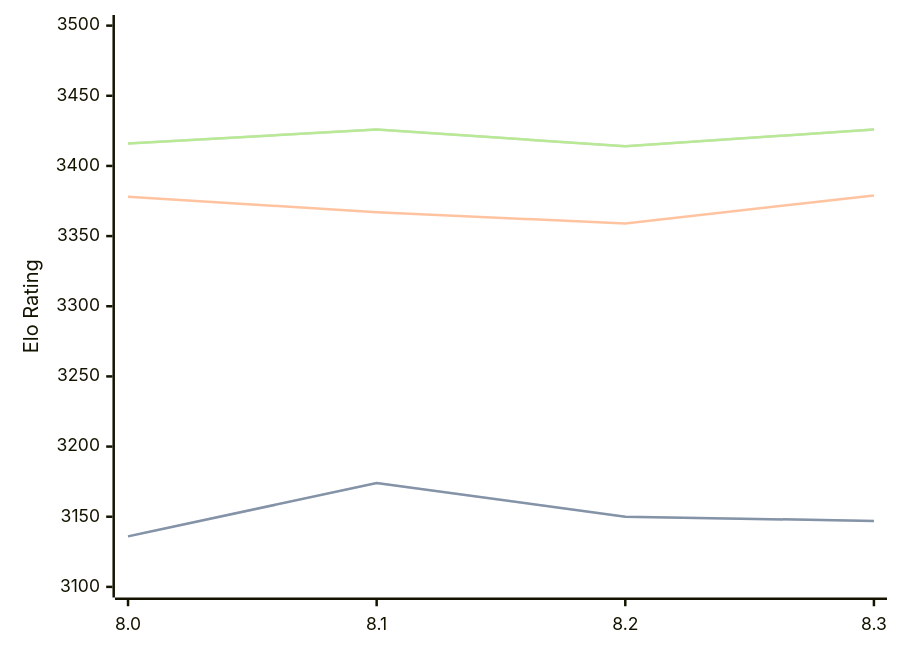
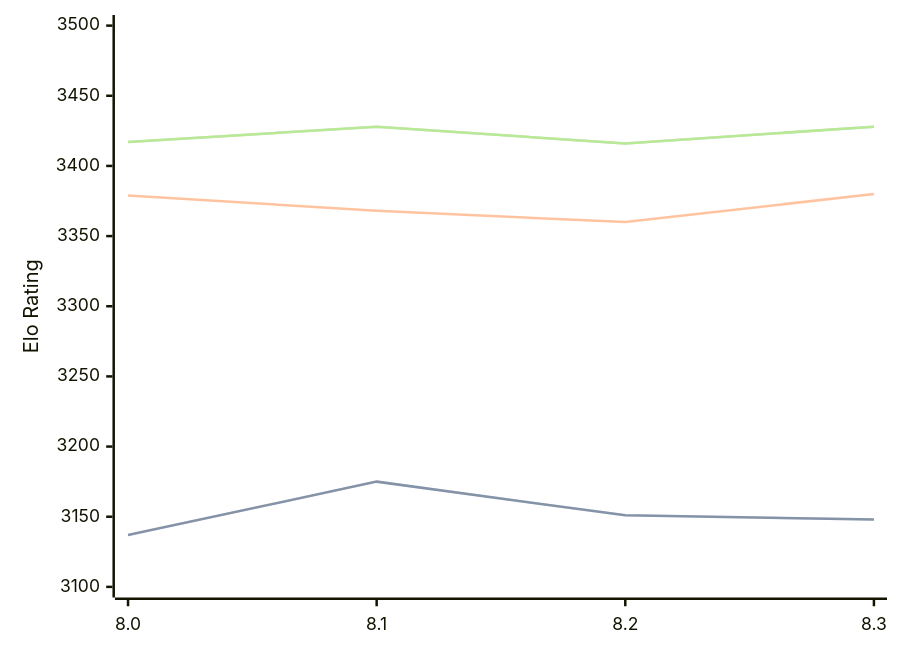
The diagram in engines/Alexander.md (computer-chess-index/cci), drawn with Mermaid before and after one commit. The commit also changed other lines of this file, not shown here.

Commit message:
Update CCI Ratings (ELO VLTC) - 2026-08-26

````diff
--- a/engines/Alexander.md
+++ b/engines/Alexander.md
@@ -34,11 +34,11 @@
 ```mermaid
 %%{init: {"theme":"base","themeVariables":{"seriesColors:['#a3a3a3','#222221','#faa371']}}}%%
 xychart-beta
   x-axis ["8.0", "8.1", "8.2", "8.3"]
   y-axis "Elo Rating" 3100 --> 3500
-  line "STC (8.0+0.08s)" [3136, 3174, 3150, 3147]
-  line "STC (8.0+0.08s)" [3136, 3174, 3150, 3147]
-  line "LTC (60.0+0.60s)" [3378, 3367, 3359, 3379]
-  line "VLTC (2m24s+1.12s)" [3416, 3426, 3414, 3426]
-  line "VLTC (2m24s+1.12s)" [3416, 3426, 3414, 3426]
+  line "STC (8.0+0.08s)" [3137, 3175, 3151, 3148]
+  line "STC (8.0+0.08s)" [3137, 3175, 3151, 3148]
+  line "LTC (60.0+0.60s)" [3379, 3368, 3360, 3380]
+  line "VLTC (2m24s+1.12s)" [3417, 3428, 3416, 3428]
+  line "VLTC (2m24s+1.12s)" [3417, 3428, 3416, 3428]
 ```
````
